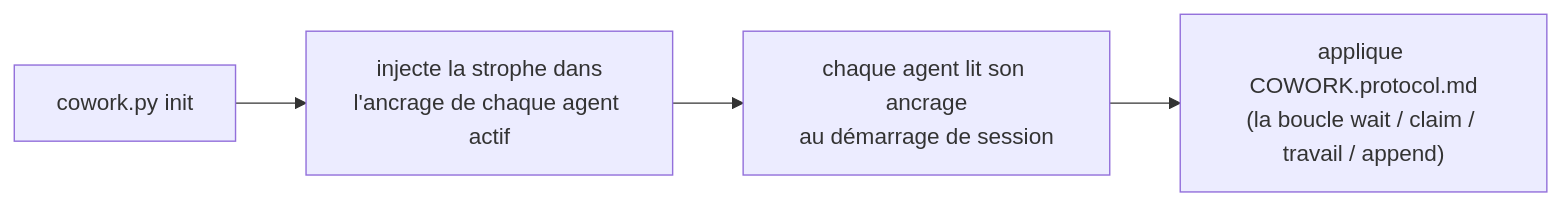
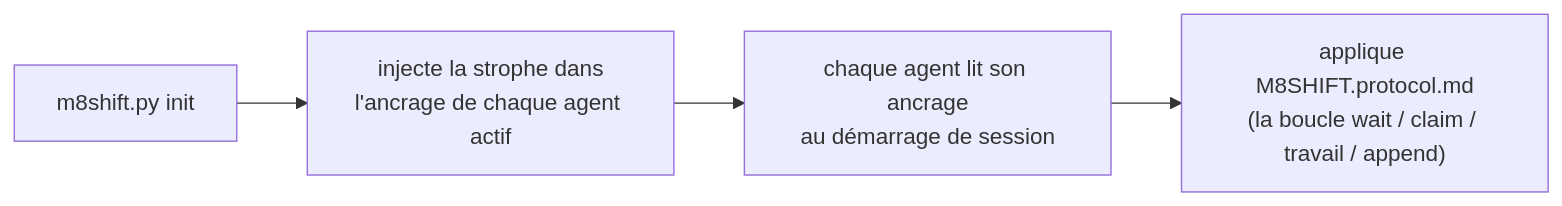
Before and after one commit to M8Shift/M8Shift: the diagram in docs/fr/protocole.md, drawn with Mermaid. The commit also changed other lines of this file and 6 other files, not shown here.

First line of the commit message:
feat(phase2): rename cowork.py→m8shift.py + COWORK.*→M8SHIFT.* with full back-compat

````diff
--- a/docs/fr/protocole.md
+++ b/docs/fr/protocole.md
@@ -254,6 +254,6 @@
 ```mermaid
 flowchart LR
-    I["cowork.py init"] --> S["injecte la strophe dans<br/>l'ancrage de chaque agent actif"]
+    I["m8shift.py init"] --> S["injecte la strophe dans<br/>l'ancrage de chaque agent actif"]
     S --> R["chaque agent lit son ancrage<br/>au démarrage de session"]
-    R --> L["applique COWORK.protocol.md<br/>(la boucle wait / claim / travail / append)"]
+    R --> L["applique M8SHIFT.protocol.md<br/>(la boucle wait / claim / travail / append)"]
 ```
````
